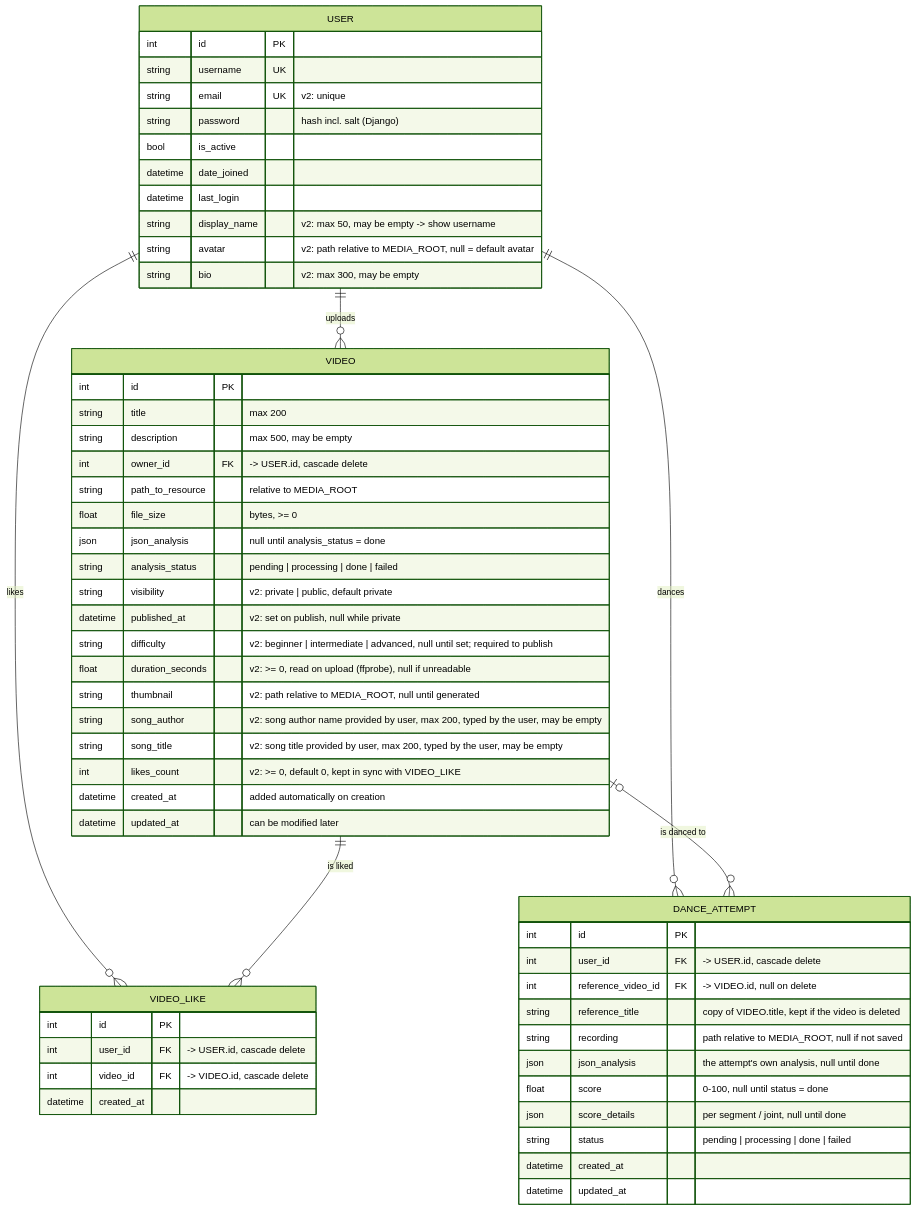
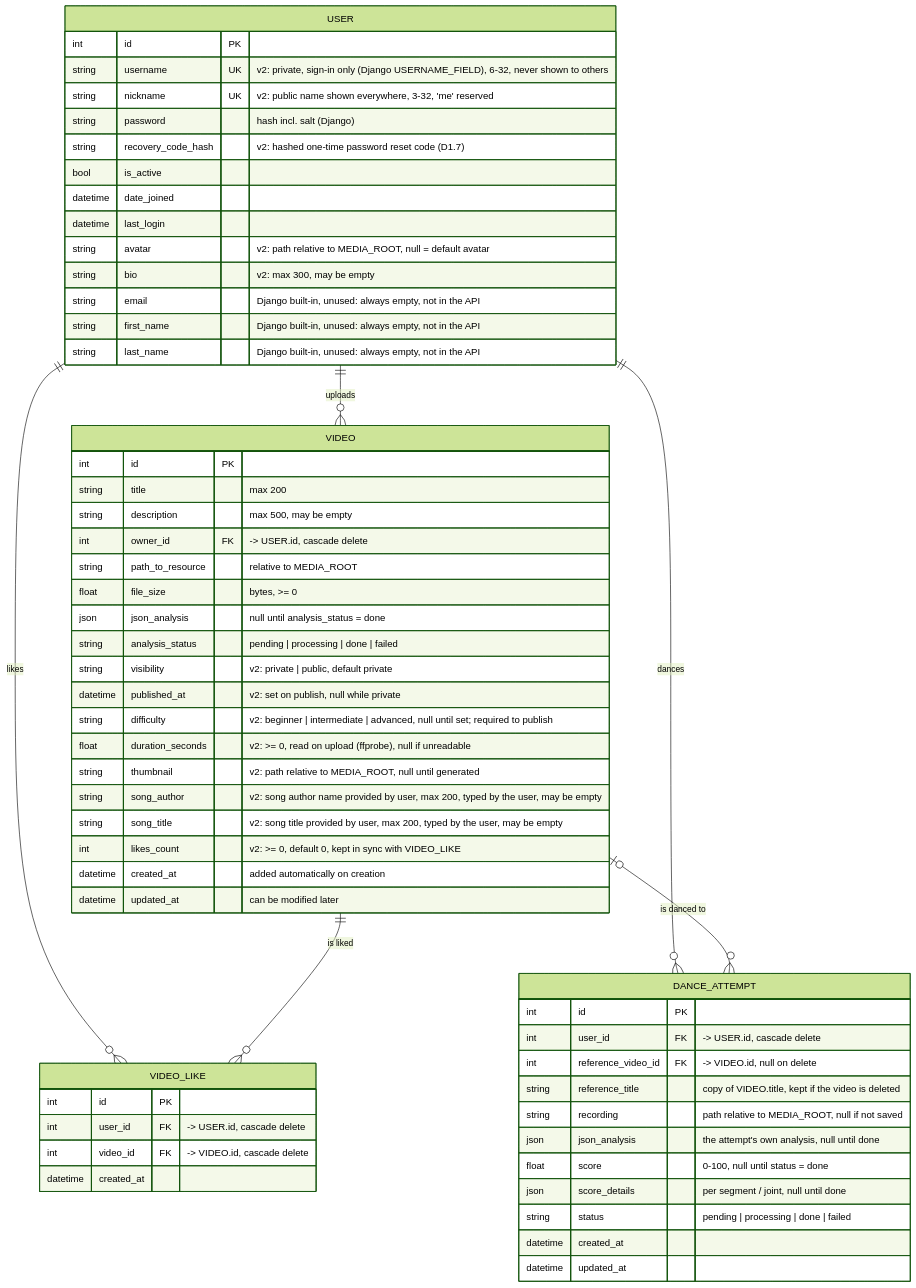
The diagram in backend/db/diagram/v2.md (p0mpon/zpi-dancingbuddy), drawn with Mermaid (forest theme) before and after one commit. The commit also changed other lines of this file and 2 other files, not shown here.

Commit message:
[DAN-156] Rename user fields: username is private sign-in, nickname is public

````diff
--- a/backend/db/diagram/v2.md
+++ b/backend/db/diagram/v2.md
@@ -6,60 +6,63 @@
 ```mermaid
 erDiagram
     USER ||--o{ VIDEO : uploads
     USER ||--o{ VIDEO_LIKE : likes
     VIDEO ||--o{ VIDEO_LIKE : "is liked"
     USER ||--o{ DANCE_ATTEMPT : dances
     VIDEO |o--o{ DANCE_ATTEMPT : "is danced to"
 
     USER {
         int id PK
-        string username UK
-        string email UK "v2: unique"
+        string username UK "v2: private, sign-in only (Django USERNAME_FIELD), 6-32, never shown to others"
+        string nickname UK "v2: public name shown everywhere, 3-32, 'me' reserved"
         string password "hash incl. salt (Django)"
+        string recovery_code_hash "v2: hashed one-time password reset code (D1.7)"
         bool is_active
         datetime date_joined
         datetime last_login
-        string display_name "v2: max 50, may be empty -> show username"
         string avatar "v2: path relative to MEDIA_ROOT, null = default avatar"
         string bio "v2: max 300, may be empty"
+        string email "Django built-in, unused: always empty, not in the API"
+        string first_name "Django built-in, unused: always empty, not in the API"
+        string last_name "Django built-in, unused: always empty, not in the API"
     }
     VIDEO {
         int id PK
         string title "max 200"
         string description "max 500, may be empty"
         int owner_id FK "-> USER.id, cascade delete"
         string path_to_resource "relative to MEDIA_ROOT"
         float file_size "bytes, >= 0"
         json json_analysis "null until analysis_status = done"
         string analysis_status "pending | processing | done | failed"
         string visibility "v2: private | public, default private"
         datetime published_at "v2: set on publish, null while private"
         string difficulty "v2: beginner | intermediate | advanced, null until set; required to publish"
         float duration_seconds "v2: >= 0, read on upload (ffprobe), null if unreadable"
         string thumbnail "v2: path relative to MEDIA_ROOT, null until generated"
         string song_author "v2: song author name provided by user, max 200, typed by the user, may be empty"
         string song_title "v2: song title provided by user, max 200, typed by the user, may be empty"
         int likes_count "v2: >= 0, default 0, kept in sync with VIDEO_LIKE"
         datetime created_at "added automatically on creation"
         datetime updated_at "can be modified later"
     }
     VIDEO_LIKE {
         int id PK
         int user_id FK "-> USER.id, cascade delete"
         int video_id FK "-> VIDEO.id, cascade delete"
         datetime created_at
     }
     DANCE_ATTEMPT {
         int id PK
         int user_id FK "-> USER.id, cascade delete"
         int reference_video_id FK "-> VIDEO.id, null on delete"
         string reference_title "copy of VIDEO.title, kept if the video is deleted"
         string recording "path relative to MEDIA_ROOT, null if not saved"
         json json_analysis "the attempt's own analysis, null until done"
         float score "0-100, null until status = done"
         json score_details "per segment / joint, null until done"
         string status "pending | processing | done | failed"
         datetime created_at
         datetime updated_at
     }
 ```
````
